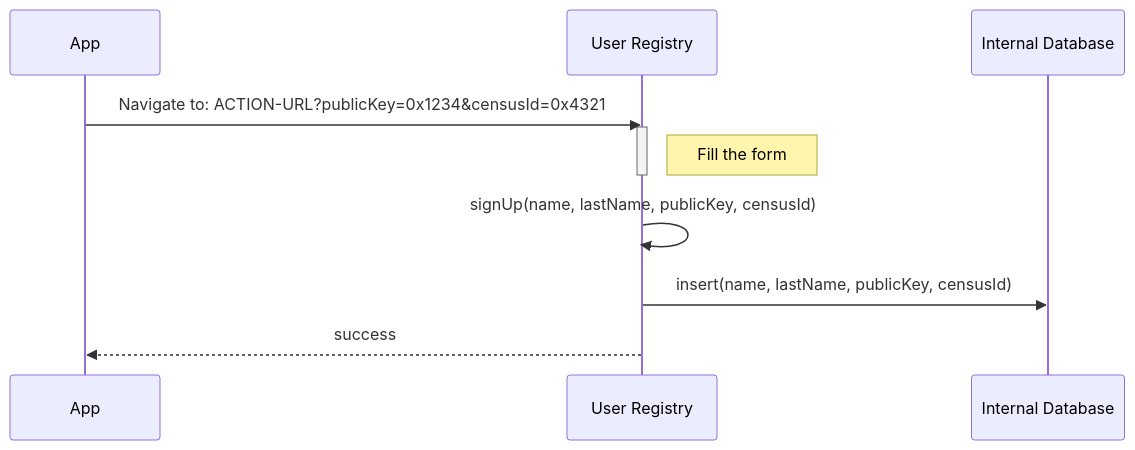
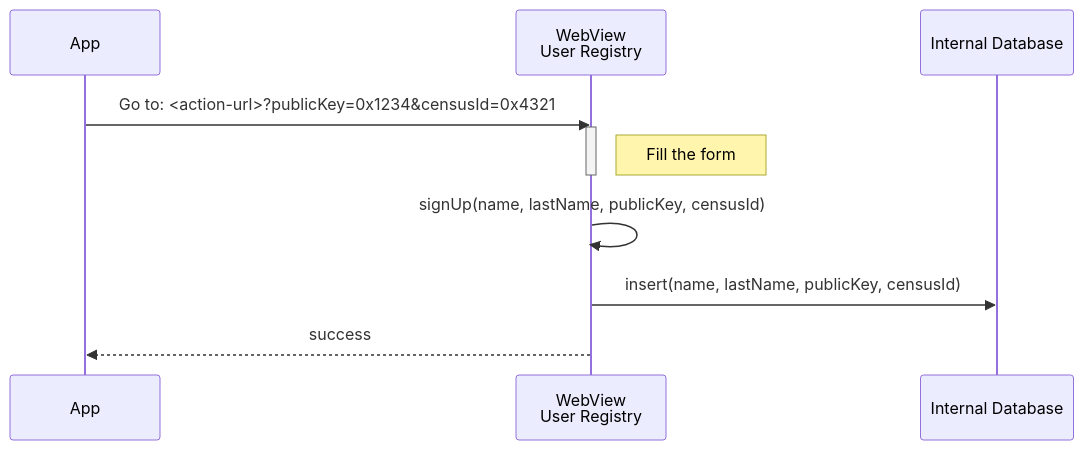
One commit to vocdoni/docs changed the fourth of 14 diagrams in docs/protocol/sequence-diagrams.md. Above: the diagram before and after it, drawn with Mermaid. The commit also changed other lines of this file, not shown here.

Commit message:
Seq diagrams WIP

````diff
--- a/docs/protocol/sequence-diagrams.md
+++ b/docs/protocol/sequence-diagrams.md
@@ -186,16 +186,16 @@
 ```mermaid
 sequenceDiagram
     participant App
-    participant UR as User Registry
+    participant UR as WebView<br/>User Registry
     participant DB as Internal Database
 
-    App->>UR: Navigate to: ACTION-URL?publicKey=0x1234&censusId=0x4321
+    App->>UR: Go to: <action-url>?publicKey=0x1234&censusId=0x4321
         activate UR
             Note right of UR: Fill the form
         deactivate UR
 
         UR->>UR: signUp(name, lastName, publicKey, censusId)
 
         UR->>DB: insert(name, lastName, publicKey, censusId)
     UR-->>App: success
 ```
````
